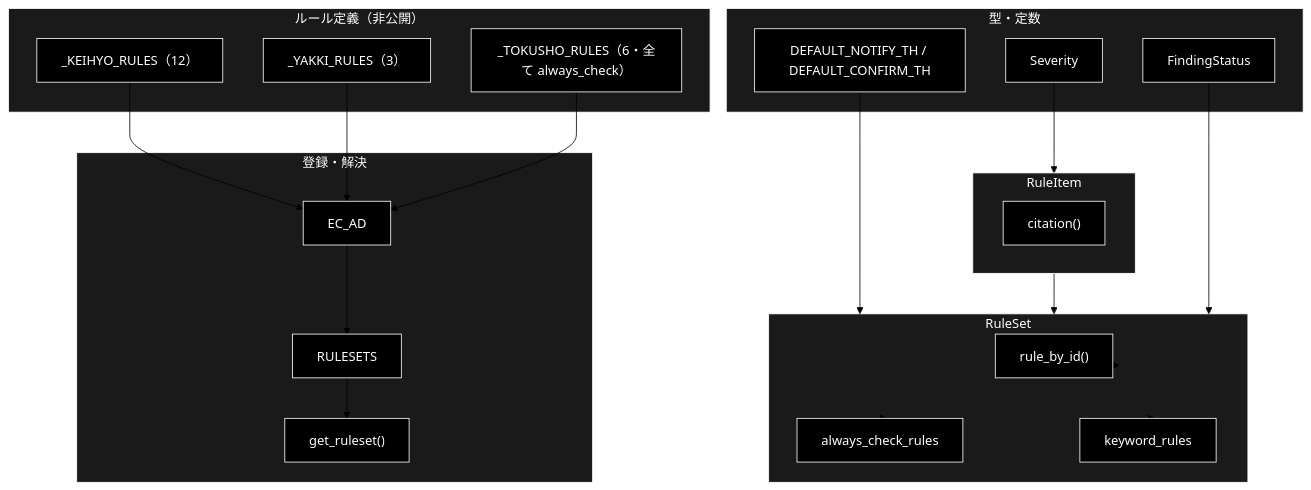
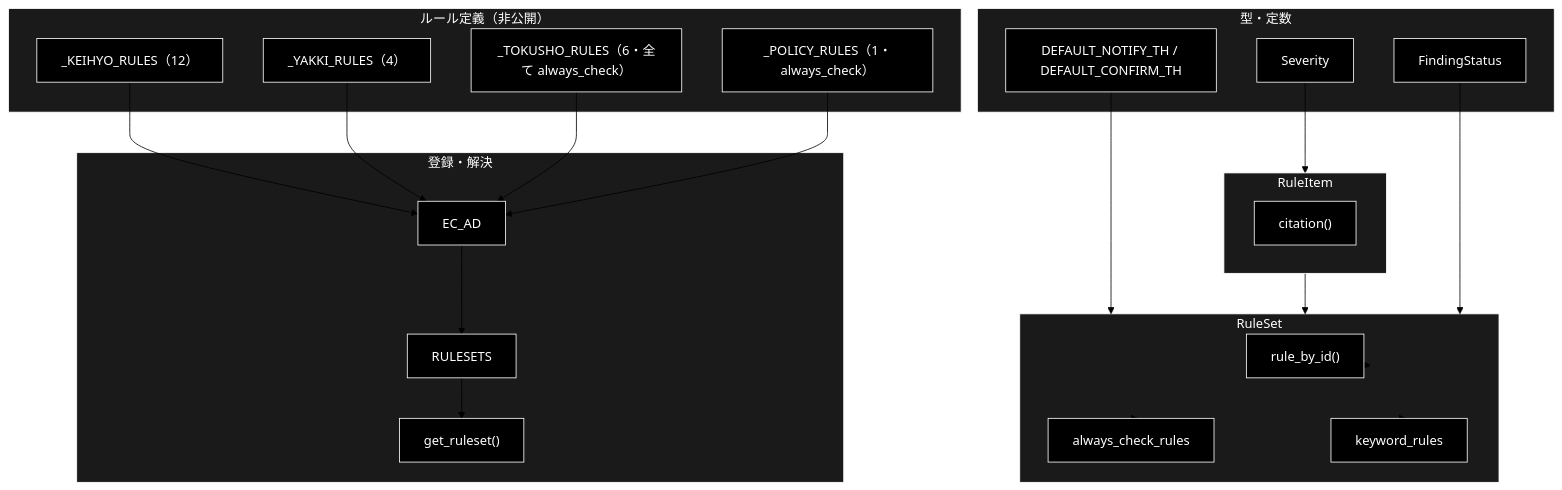
One commit to nakashima2toshio/grace_v2_local changed the second of 3 diagrams in backend/docs/reference/core_rulesets.md. Above: the diagram before and after it, drawn with Mermaid (forest theme). The commit also changed other lines of this file and 57 other files, not shown here.

````diff
--- a/backend/docs/reference/core_rulesets.md
+++ b/backend/docs/reference/core_rulesets.md
@@ -132,51 +141,53 @@
 ```mermaid
 flowchart TB
     subgraph TYPES["型・定数"]
         SEV["Severity"]
         FST["FindingStatus"]
         DTH["DEFAULT_NOTIFY_TH / DEFAULT_CONFIRM_TH"]
     end
 
     subgraph ITEM["RuleItem"]
         CIT["citation()"]
     end
 
     subgraph SET["RuleSet"]
         BYID["rule_by_id()"]
         ACR["always_check_rules"]
         KWR["keyword_rules"]
     end
 
     subgraph DATA["ルール定義（非公開）"]
         KEIHYO["_KEIHYO_RULES（12）"]
-        YAKKI["_YAKKI_RULES（3）"]
+        YAKKI["_YAKKI_RULES（4）"]
         TOKUSHO["_TOKUSHO_RULES（6・全て always_check）"]
+        POLICY["_POLICY_RULES（1・always_check）"]
     end
 
     subgraph REG["登録・解決"]
         ECAD2["EC_AD"]
         RSMAP["RULESETS"]
         GET["get_ruleset()"]
     end
 
     SEV --> ITEM
     DTH --> SET
     KEIHYO --> ECAD2
     YAKKI --> ECAD2
     TOKUSHO --> ECAD2
+    POLICY --> ECAD2
     ITEM --> SET
     ECAD2 --> RSMAP
     RSMAP --> GET
     SET --> BYID
     SET --> ACR
     SET --> KWR
     FST --> SET
 classDef default fill:#000,stroke:#fff,color:#fff
 classDef subgraphStyle fill:#1a1a1a,stroke:#fff,color:#fff
-class SEV,FST,DTH,CIT,BYID,ACR,KWR,KEIHYO,YAKKI,TOKUSHO,ECAD2,RSMAP,GET default
+class SEV,FST,DTH,CIT,BYID,ACR,KWR,KEIHYO,YAKKI,TOKUSHO,POLICY,ECAD2,RSMAP,GET default
 style TYPES fill:#1a1a1a,stroke:#fff,color:#fff
 style ITEM fill:#1a1a1a,stroke:#fff,color:#fff
 style SET fill:#1a1a1a,stroke:#fff,color:#fff
 style DATA fill:#1a1a1a,stroke:#fff,color:#fff
 style REG fill:#1a1a1a,stroke:#fff,color:#fff
 ```
````
